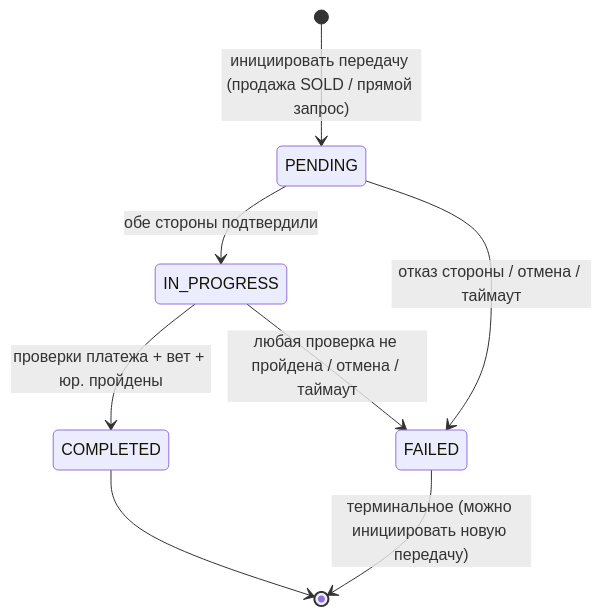
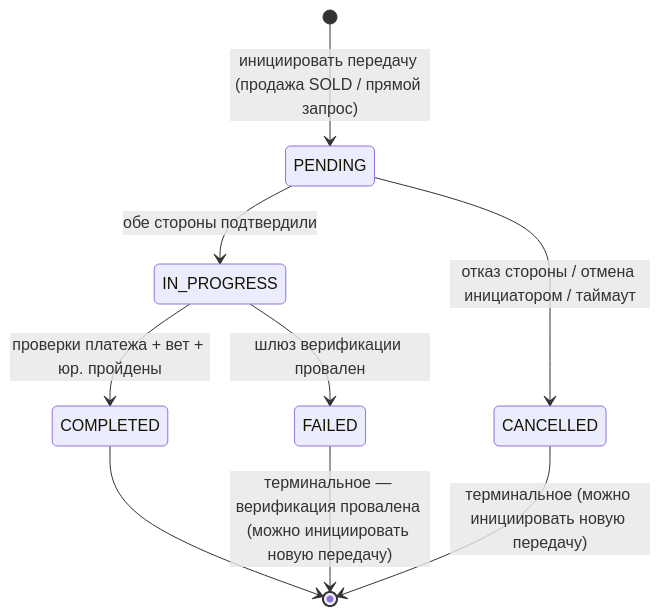
The second of 3 diagrams in docsRU/specs/statemachines/ownership_transfer_state_machine.md (Aleksandr-Sulimenko/ZooLink), drawn with Mermaid before and after one commit. The commit also changed other lines of this file and 26 other files, not shown here.

````diff
--- a/docsRU/specs/statemachines/ownership_transfer_state_machine.md
+++ b/docsRU/specs/statemachines/ownership_transfer_state_machine.md
@@ -10,10 +27,11 @@
 ```mermaid
 stateDiagram-v2
     [*] --> PENDING: инициировать передачу (продажа SOLD / прямой запрос)
     PENDING --> IN_PROGRESS: обе стороны подтвердили
-    PENDING --> FAILED: отказ стороны / отмена / таймаут
+    PENDING --> CANCELLED: отказ стороны / отмена инициатором / таймаут
     IN_PROGRESS --> COMPLETED: проверки платежа + вет + юр. пройдены
-    IN_PROGRESS --> FAILED: любая проверка не пройдена / отмена / таймаут
+    IN_PROGRESS --> FAILED: шлюз верификации провален
     COMPLETED --> [*]
-    FAILED --> [*]: терминальное (можно инициировать новую передачу)
+    CANCELLED --> [*]: терминальное (можно инициировать новую передачу)
+    FAILED --> [*]: терминальное — верификация провалена (можно инициировать новую передачу)
 ```
````
